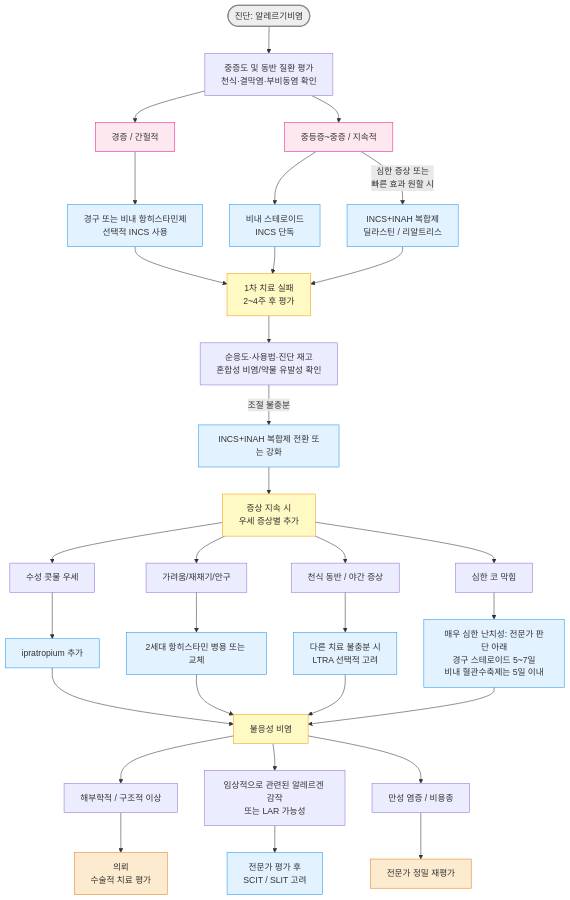
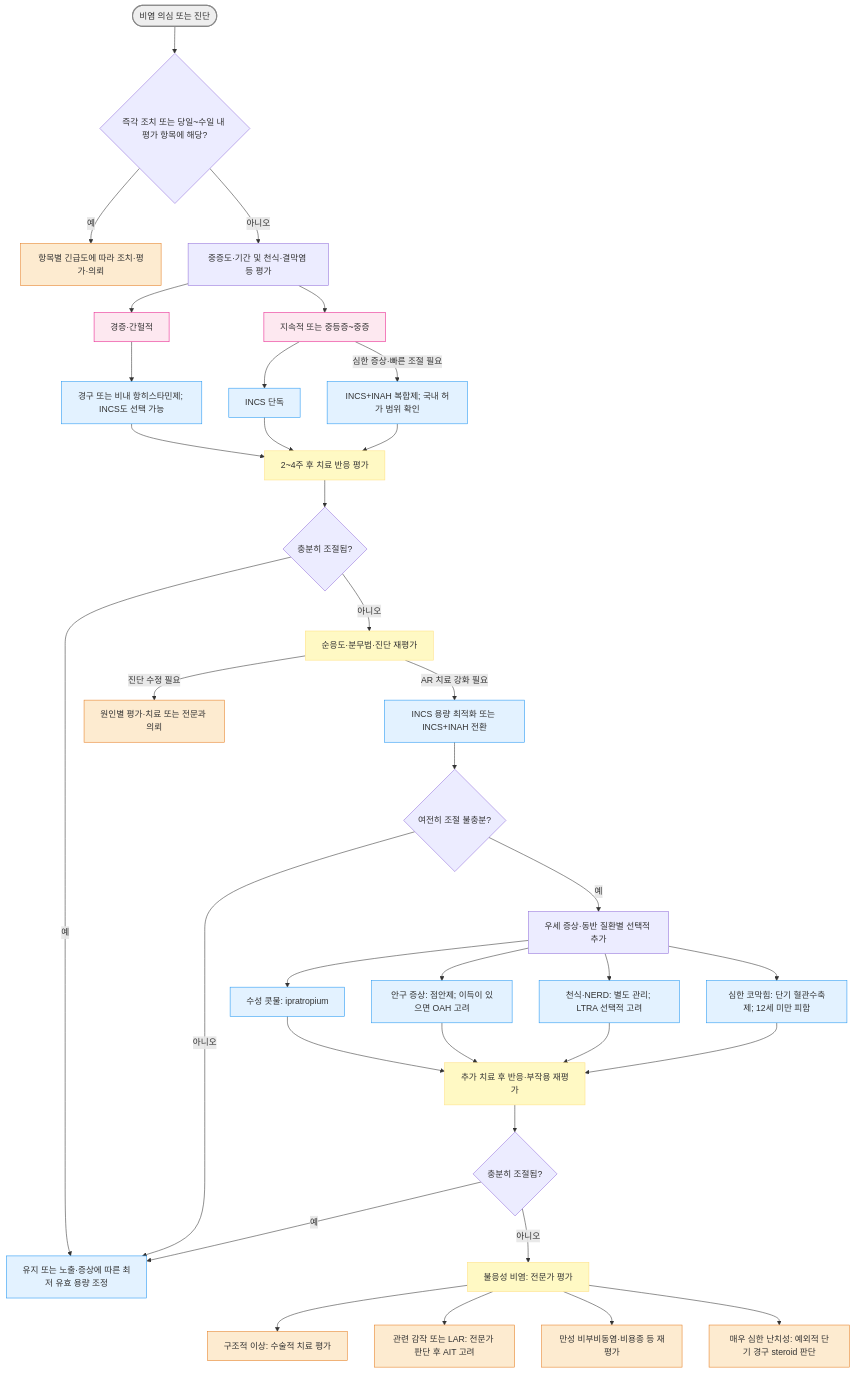
Before and after one commit to familyoh77/familyoh77: the diagram in 222_/051_-allergic-rhinitis.md, drawn with Mermaid. The commit also changed other lines of this file, not shown here.

````diff
--- a/222_/051_-allergic-rhinitis.md
+++ b/222_/051_-allergic-rhinitis.md
@@ -177,74 +193,51 @@
 ```mermaid
 graph TD
-    %% 초기 평가 및 분류
-    Start([진단: 알레르기비염]) --> Assess[중증도 및 동반 질환 평가<br/>천식·결막염·부비동염 확인]
+    Start(["비염 의심 또는 진단"]) --> RedQ{"즉각 조치 또는 당일~수일 내 평가 항목에 해당?"}
+    RedQ -->|예| Urgent["항목별 긴급도에 따라 조치·평가·의뢰"]
+    RedQ -->|아니오| Assess["중증도·기간 및 천식·결막염 등 평가"]
 
-    Assess --> Mild[경증 / 간헐적]
-    Assess --> ModSev[중등증~중증 / 지속적]
+    Assess --> Mild["경증·간헐적"]
+    Assess --> ModSev["지속적 또는 중등증~중증"]
+    Mild --> AH["경구 또는 비내 항히스타민제; INCS도 선택 가능"]
+    ModSev --> INCS0["INCS 단독"]
+    ModSev -->|심한 증상·빠른 조절 필요| Combo0["INCS+INAH 복합제; 국내 허가 범위 확인"]
 
-    %% 경증 치료 경로
-    Mild --> AH[경구 또는 비내 항히스타민제<br/>선택적 INCS 사용]
+    AH --> Review1["2~4주 후 치료 반응 평가"]
+    INCS0 --> Review1
+    Combo0 --> Review1
+    Review1 --> Control1{"충분히 조절됨?"}
+    Control1 -->|예| Maintain["유지 또는 노출·증상에 따른 최저 유효 용량 조정"]
+    Control1 -->|아니오| Check1["순응도·분무법·진단 재평가"]
+    Check1 -->|진단 수정 필요| Refer["원인별 평가·치료 또는 전문과 의뢰"]
+    Check1 -->|AR 치료 강화 필요| Combine["INCS 용량 최적화 또는 INCS+INAH 전환"]
 
-    %% 중등증-중증 치료 경로
-    ModSev --> INCS0[비내 스테로이드<br/>INCS 단독]
-    ModSev --> |심한 증상 또는<br/>빠른 효과 원할 시| Combo0[INCS+INAH 복합제<br/>딜라스틴 / 리알트리스]
+    Combine --> Control2{"여전히 조절 불충분?"}
+    Control2 -->|아니오| Maintain
+    Control2 -->|예| Symptoms["우세 증상·동반 질환별 선택적 추가"]
+    Symptoms --> Tx1["수성 콧물: ipratropium"]
+    Symptoms --> Tx2["안구 증상: 점안제; 이득이 있으면 OAH 고려"]
+    Symptoms --> Tx3["천식·NERD: 별도 관리; LTRA 선택적 고려"]
+    Symptoms --> Tx4["심한 코막힘: 단기 혈관수축제; 12세 미만 피함"]
+    Tx1 --> Reassess["추가 치료 후 반응·부작용 재평가"]
+    Tx2 --> Reassess
+    Tx3 --> Reassess
+    Tx4 --> Reassess
+    Reassess --> Control3{"충분히 조절됨?"}
+    Control3 -->|예| Maintain
+    Control3 -->|아니오| Fail3["불응성 비염: 전문가 평가"]
 
-    %% 1차 치료 실패 시 공통 경로
-    AH --> Fail1
-    INCS0 --> Fail1
-    Combo0 --> Fail1
-
-    Fail1[1차 치료 실패<br/>2~4주 후 평가] --> Check1[순응도·사용법·진단 재고<br/>혼합성 비염/약물 유발성 확인]
-
-    Check1 --> |조절 불충분| Combine[INCS+INAH 복합제 전환 또는 강화]
-
-    %% 세부 증상별 추가 전략
-    Combine --> Fail2[증상 지속 시<br/>우세 증상별 추가]
-
-    Fail2 --> Symptom1[수성 콧물 우세]
-    Fail2 --> Symptom2[가려움/재채기/안구]
-    Fail2 --> Symptom3[천식 동반 / 야간 증상]
-    Fail2 --> Symptom4[심한 코 막힘]
-
-    Symptom1 --> Tx1[ipratropium 추가]
-    Symptom2 --> Tx2[2세대 항히스타민 병용 또는 교체]
-    Symptom3 --> Tx3[다른 치료 불충분 시<br/>LTRA 선택적 고려]
-    Symptom4 --> Tx4[매우 심한 난치성: 전문가 판단 아래<br/>경구 스테로이드 5~7일<br/>비내 혈관수축제는 5일 이내]
-
-    %% 최종 단계 및 의뢰
-    Tx1 --> Fail3[불응성 비염]
-    Tx2 --> Fail3
-    Tx3 --> Fail3
-    Tx4 --> Fail3
-
-    Fail3 --> Cause1[해부학적 / 구조적 이상]
-    Fail3 --> Cause2[임상적으로 관련된 알레르겐 감작<br/>또는 LAR 가능성]
-    Fail3 --> Cause3[만성 염증 / 비용종]
-
-    Cause1 --> Final1[의뢰<br/>수술적 치료 평가]
-    Cause2 --> Final2[전문가 평가 후<br/>SCIT / SLIT 고려]
-    Cause3 --> Final3[전문가 정밀 재평가]
+    Fail3 --> Cause1["구조적 이상: 수술적 치료 평가"]
+    Fail3 --> Cause2["관련 감작 또는 LAR: 전문가 판단 후 AIT 고려"]
+    Fail3 --> Cause3["만성 비부비동염·비용종 등 재평가"]
+    Fail3 --> Rescue["매우 심한 난치성: 예외적 단기 경구 steroid 판단"]
 
     style Start fill:#eeeeee,stroke:#888888,stroke-width:2px
-    classDef yellow fill:#fff9c4,stroke:#f39c12
-    class Fail1 yellow
-    class Fail2 yellow
-    class Fail3 yellow
+    classDef yellow fill:#fff9c4,stroke:#ffe082
+    class Review1,Check1,Reassess,Fail3 yellow
     classDef sky fill:#e3f2ff,stroke:#2196f3
-    class INCS0 sky
-    class Combine sky
-    class Tx1 sky
-    class Tx2 sky
-    class Tx3 sky
-    class Tx4 sky
-    class AH sky
-    class Combo0 sky
-    class Final2 sky
+    class INCS0,Combo0,AH,Combine,Tx1,Tx2,Tx3,Tx4,Maintain sky
     classDef orange fill:#fdebd0,stroke:#e67e22
-    class Final1 orange
-    class Final3 orange
+    class Urgent,Refer,Cause1,Cause2,Cause3,Rescue orange
     classDef pink fill:#fde8f0,stroke:#e91e8c
-    class Mild pink
-    class ModSev pink
-
+    class Mild,ModSev pink
 ```
````
